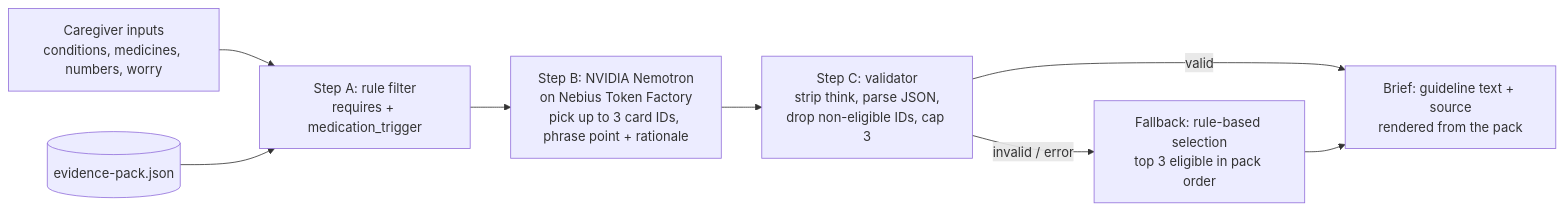
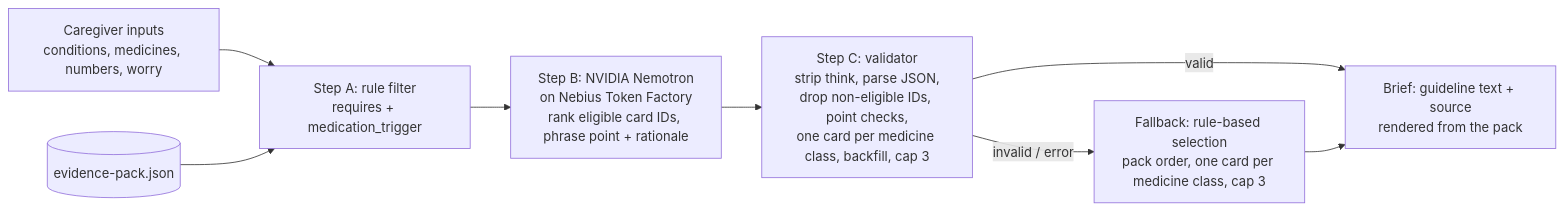
Before and after one commit to saebchicago/navigateconditionmap: the diagram in README.md, drawn with Mermaid. The commit also changed other lines of this file and 5 other files, not shown here.

````diff
--- a/README.md
+++ b/README.md
@@ -13,10 +13,10 @@
 ```mermaid
 flowchart LR
   A[Caregiver inputs<br/>conditions, medicines, numbers, worry] --> B[Step A: rule filter<br/>requires + medication_trigger]
   P[(evidence-pack.json)] --> B
-  B --> C[Step B: NVIDIA Nemotron<br/>on Nebius Token Factory<br/>pick up to 3 card IDs, phrase point + rationale]
-  C --> D[Step C: validator<br/>strip think, parse JSON,<br/>drop non-eligible IDs, cap 3]
+  B --> C[Step B: NVIDIA Nemotron<br/>on Nebius Token Factory<br/>rank eligible card IDs, phrase point + rationale]
+  C --> D[Step C: validator<br/>strip think, parse JSON,<br/>drop non-eligible IDs, point checks,<br/>one card per medicine class, backfill, cap 3]
   D -->|valid| E[Brief: guideline text + source<br/>rendered from the pack]
-  D -->|invalid / error| F[Fallback: rule-based selection<br/>top 3 eligible in pack order]
+  D -->|invalid / error| F[Fallback: rule-based selection<br/>pack order, one card per medicine class, cap 3]
   F --> E
 ```
````
